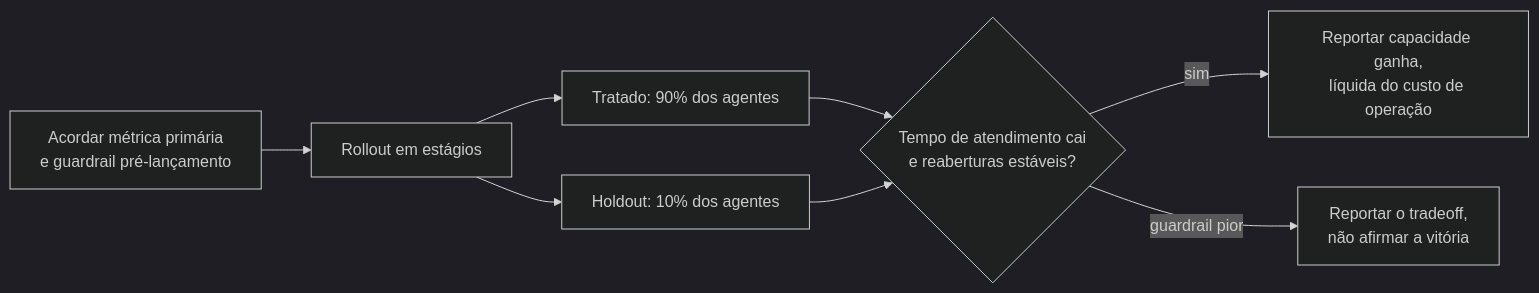
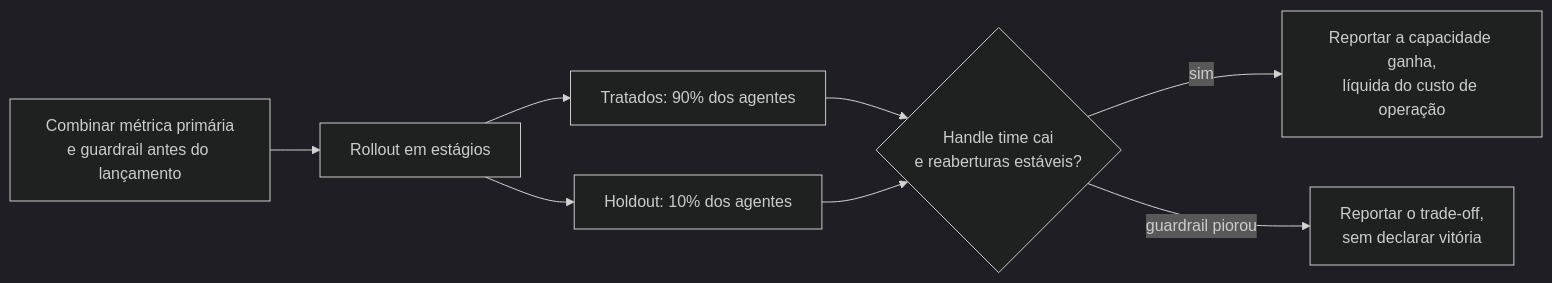
Before and after one commit to andrevberaldo/AI-Engineer-Interview-Questions: the eighth of 13 diagrams in 13-interview-process-and-behavioral/questions.pt-BR.md, drawn with Mermaid (dark theme). The commit also changed other lines of this file and 1 other file, not shown here.

````diff
--- a/13-interview-process-and-behavioral/questions.pt-BR.md
+++ b/13-interview-process-and-behavioral/questions.pt-BR.md
@@ -548,10 +548,10 @@
 ```mermaid
 flowchart LR
-    A["Acordar métrica primária<br/>e guardrail pré-lançamento"] --> B["Rollout em estágios"]
-    B --> C["Tratado: 90% dos agentes"]
+    A["Combinar métrica primária<br/>e guardrail antes do lançamento"] --> B["Rollout em estágios"]
+    B --> C["Tratados: 90% dos agentes"]
     B --> D["Holdout: 10% dos agentes"]
-    C --> E{"Tempo de atendimento cai<br/>e reaberturas estáveis?"}
+    C --> E{"Handle time cai<br/>e reaberturas estáveis?"}
     D --> E
-    E -->|"sim"| F["Reportar capacidade ganha,<br/>líquida do custo de operação"]
-    E -->|"guardrail pior"| G["Reportar o tradeoff,<br/>não afirmar a vitória"]
+    E -->|"sim"| F["Reportar a capacidade ganha,<br/>líquida do custo de operação"]
+    E -->|"guardrail piorou"| G["Reportar o trade-off,<br/>sem declarar vitória"]
 ```
````
